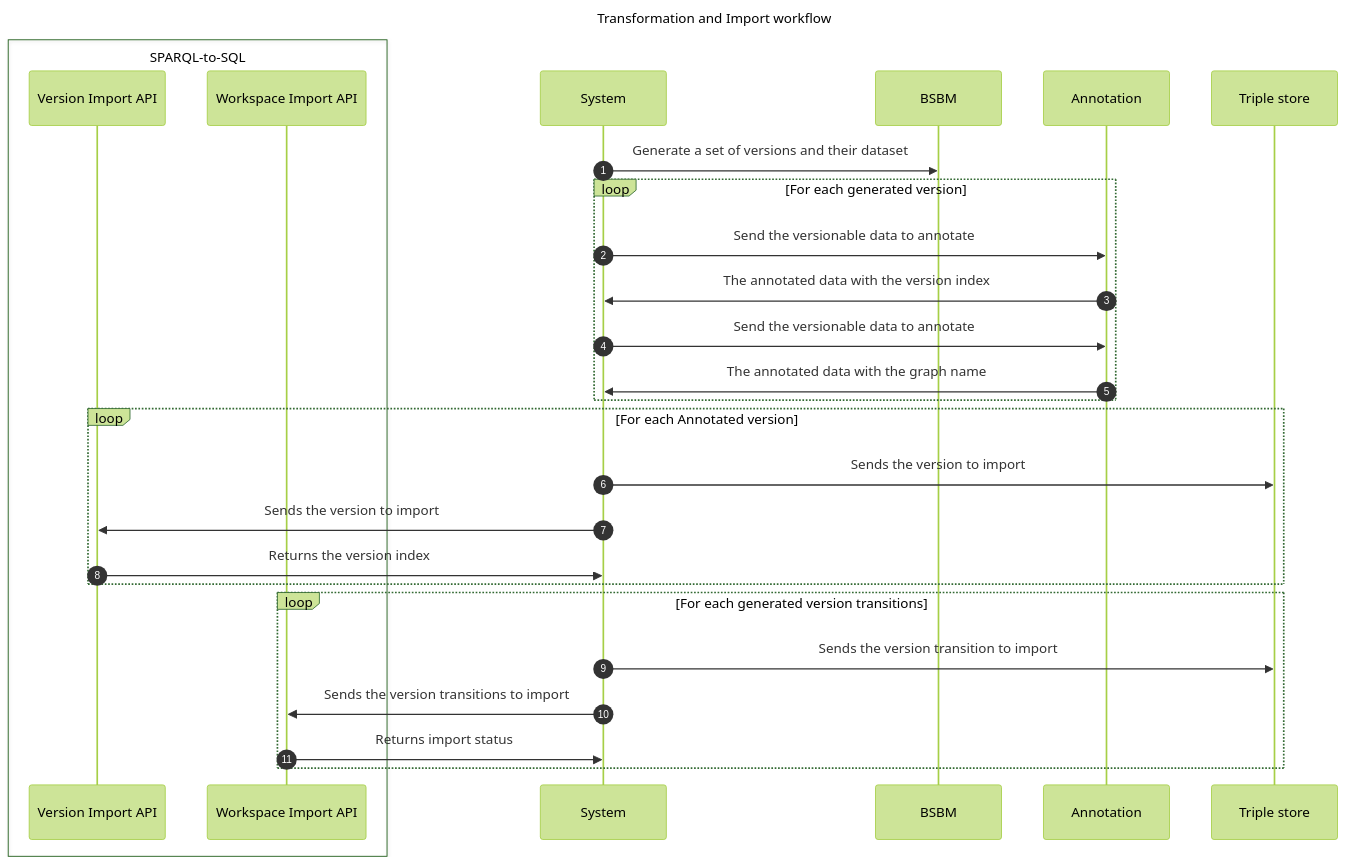
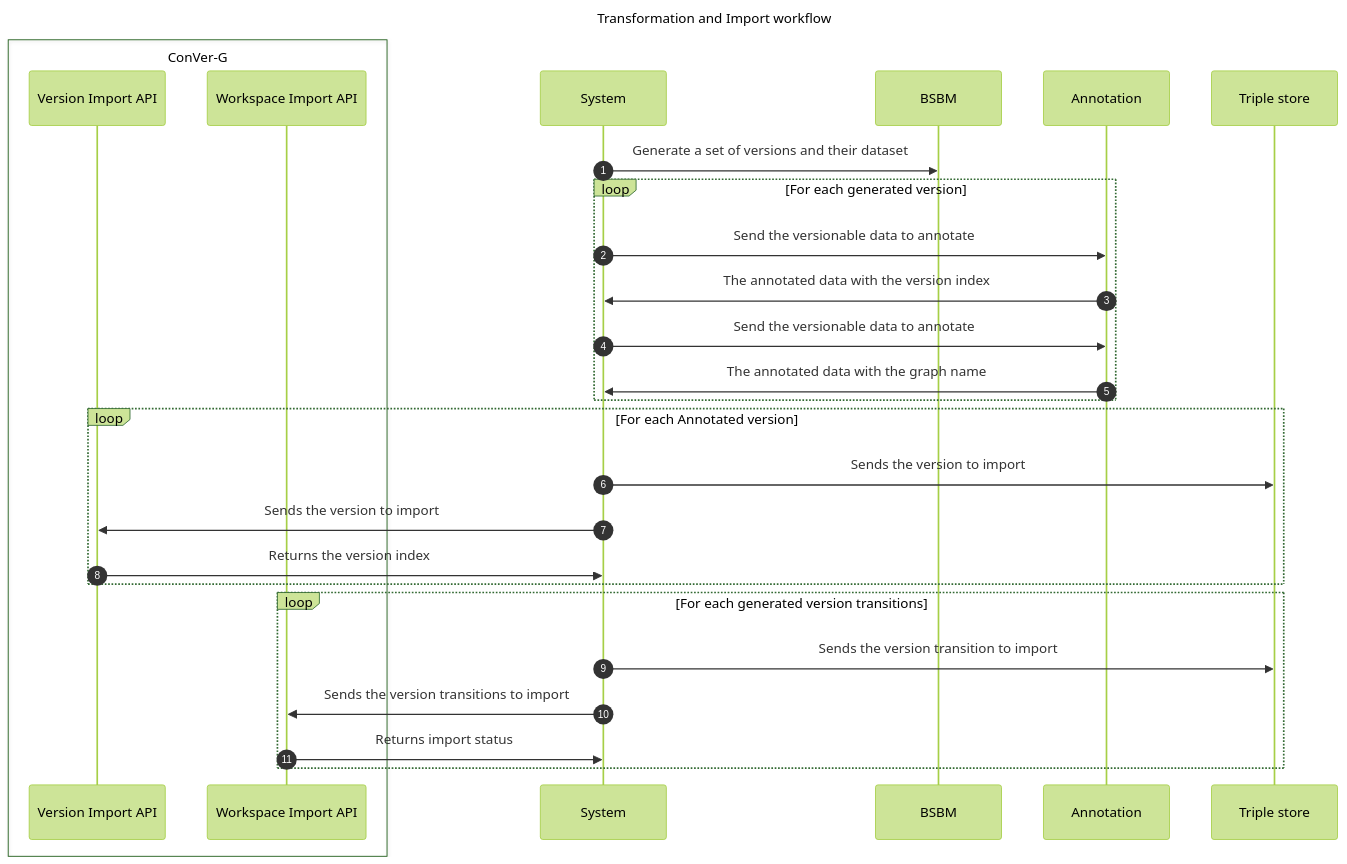
The fifth of 5 diagrams in Readme.md (VCityTeam/ConVer-G), drawn with Mermaid (forest theme) before and after one commit. The commit also changed other lines of this file and 17 other files, not shown here.

Commit message:
Naming: - Renamed project from SPARQL-to-SQL to ConVer-G

````diff
--- a/Readme.md
+++ b/Readme.md
@@ -281,28 +282,28 @@
 ```mermaid
 sequenceDiagram
     title Transformation and Import workflow
     autonumber
-    box SPARQL-to-SQL
+    box ConVer-G
         participant Version Import API
         participant Workspace Import API
     end
 
     System ->> BSBM: Generate a set of versions and their dataset
     loop For each generated version
         System ->> Annotation: Send the versionable data to annotate
         Annotation ->> System: The annotated data with the version index
         System ->> Annotation: Send the versionable data to annotate
         Annotation ->> System: The annotated data with the graph name
     end
     loop For each Annotated version
         System ->> Triple store: Sends the version to import
         System ->> Version Import API: Sends the version to import
         Version Import API ->> System: Returns the version index
     end
 
     loop For each generated version transitions
         System ->> Triple store: Sends the version transition to import
         System ->> Workspace Import API: Sends the version transitions to import
         Workspace Import API ->> System: Returns import status
     end
 ```
````
